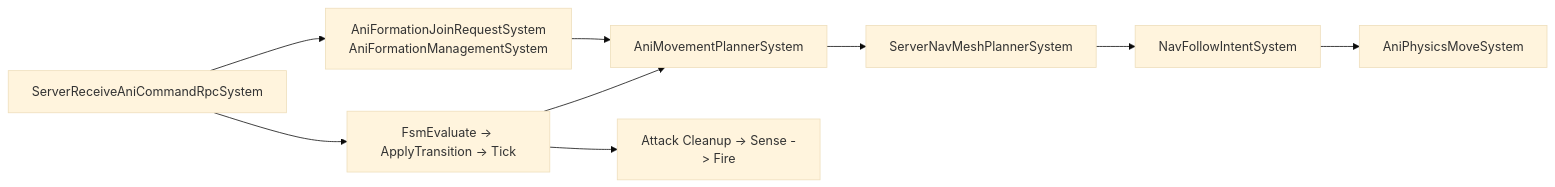
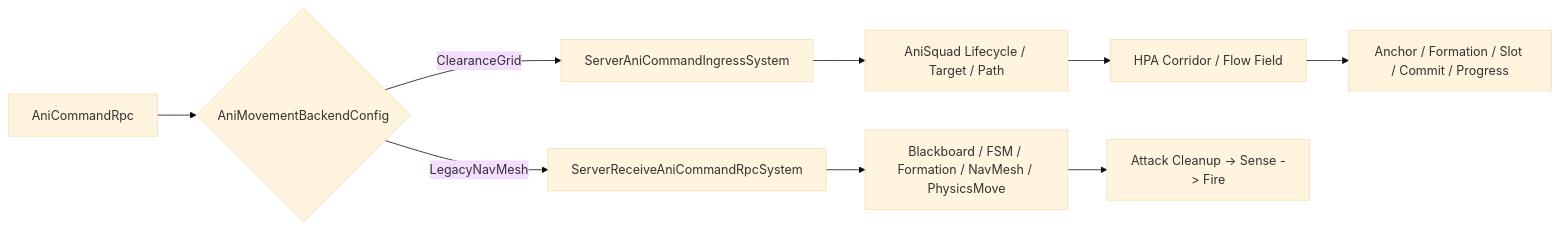
Before and after one commit to mcaswen/AnimarsCatcher: the third of 3 diagrams in docs/Architecture/02_ECSDataModel.md, drawn with Mermaid (base theme). The commit also changed other lines of this file and 20 other files, not shown here.

````diff
--- a/docs/Architecture/02_ECSDataModel.md
+++ b/docs/Architecture/02_ECSDataModel.md
@@ -183,18 +185,17 @@
 ```mermaid
 flowchart LR
-    Rpc[ServerReceiveAniCommandRpcSystem]
-    Formation[AniFormationJoinRequestSystem<br/>AniFormationManagementSystem]
-    Fsm[FsmEvaluate -> ApplyTransition -> Tick]
-    Planner[AniMovementPlannerSystem]
-    Nav[ServerNavMeshPlannerSystem]
-    Follow[NavFollowIntentSystem]
-    Move[AniPhysicsMoveSystem]
+    Rpc[AniCommandRpc]
+    Backend{AniMovementBackendConfig}
+    GridIngress[ServerAniCommandIngressSystem]
+    Squad[AniSquad Lifecycle / Target / Path]
+    Field[HPA Corridor / Flow Field]
+    GridMove[Anchor / Formation / Slot / Commit / Progress]
+    LegacyIngress[ServerReceiveAniCommandRpcSystem]
+    Legacy[Blackboard / FSM / Formation / NavMesh / PhysicsMove]
     Combat[Attack Cleanup -> Sense -> Fire]
 
-    Rpc --> Fsm
-    Rpc --> Formation
-    Fsm --> Planner
-    Formation --> Planner
-    Planner --> Nav --> Follow --> Move
-    Fsm --> Combat
+    Rpc --> Backend
+    Backend -->|ClearanceGrid| GridIngress --> Squad --> Field --> GridMove
+    Backend -->|LegacyNavMesh| LegacyIngress --> Legacy
+    Legacy --> Combat
 ```
````
